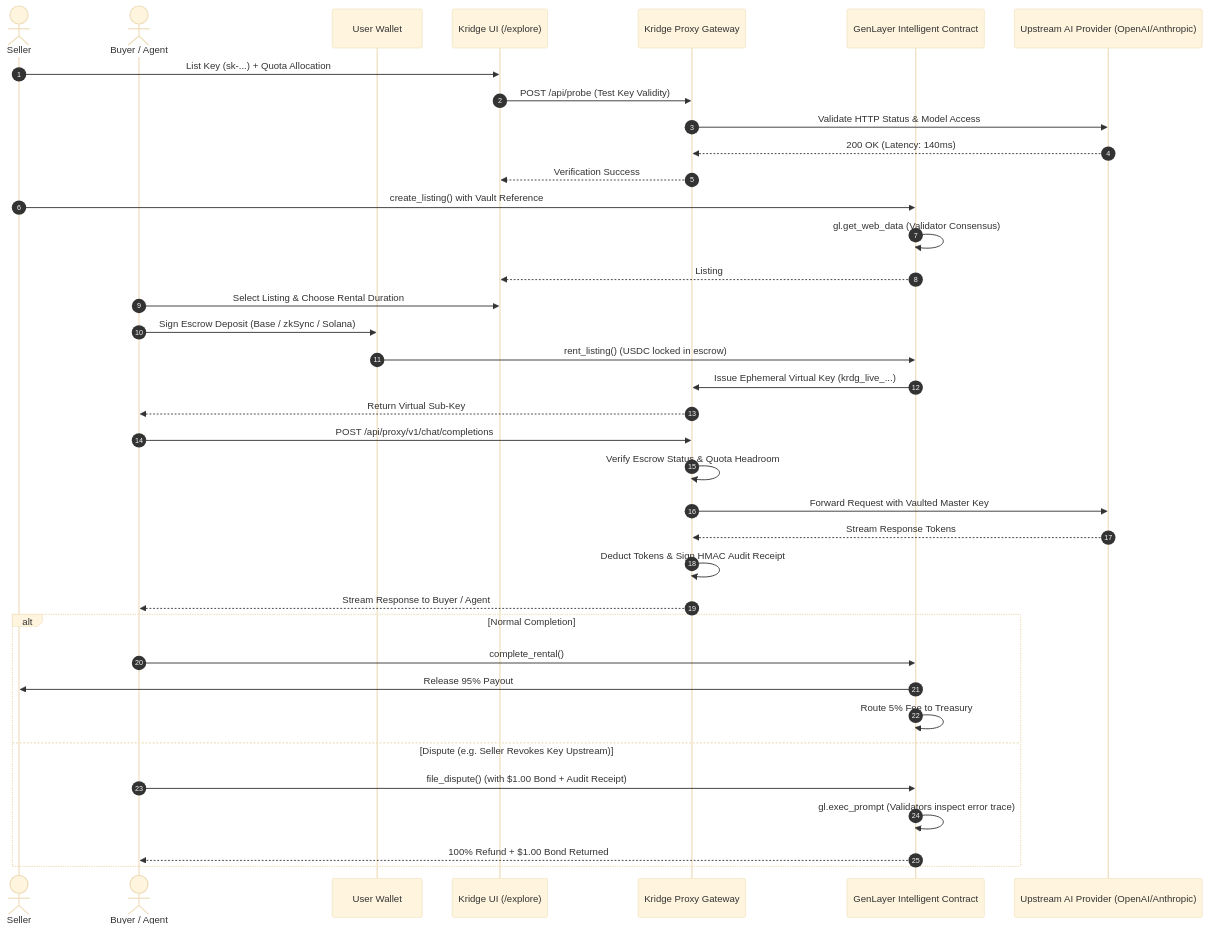
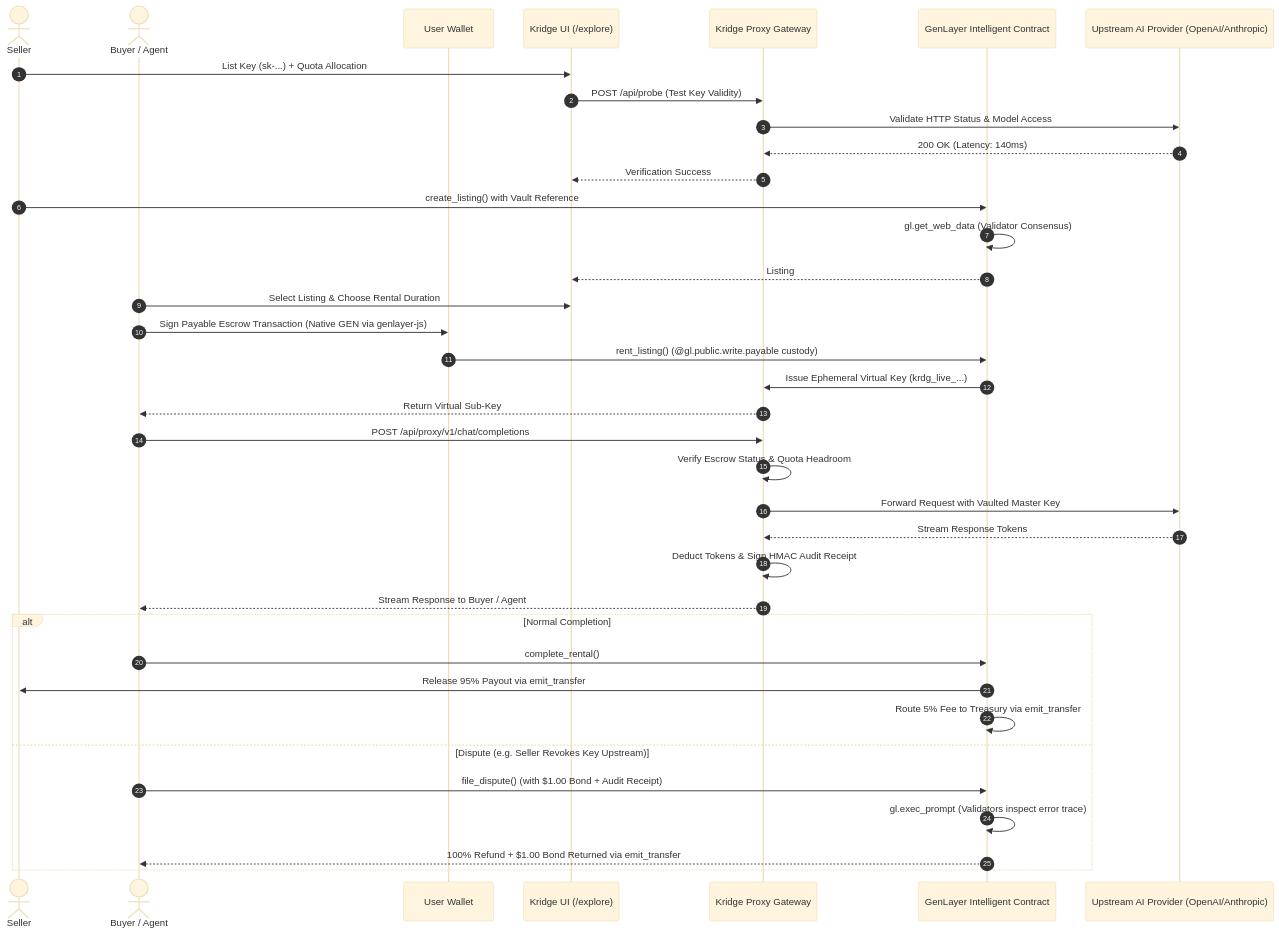
Before and after one commit to ODbeke/Kridge: the diagram in README.md, drawn with Mermaid (base theme). The commit also changed other lines of this file and 10 other files, not shown here.

Commit message:
feat(genlayer): lock Kridge 100% to native GenLayer Intelligent Contracts, mark Base/zkSync/Solana as Coming Soon, update live listings, explorer receipts, and documentation

````diff
--- a/README.md
+++ b/README.md
@@ -321,43 +322,43 @@
 ```mermaid
 sequenceDiagram
     autonumber
     actor Seller
     actor Buyer as Buyer / Agent
     participant Web3 as User Wallet
     participant Frontend as Kridge UI (/explore)
     participant Gateway as Kridge Proxy Gateway
     participant GenLayer as GenLayer Intelligent Contract
     participant Provider as Upstream AI Provider (OpenAI/Anthropic)
 
     Seller->>Frontend: List Key (sk-...) + Quota Allocation
     Frontend->>Gateway: POST /api/probe (Test Key Validity)
     Gateway->>Provider: Validate HTTP Status & Model Access
     Provider-->>Gateway: 200 OK (Latency: 140ms)
     Gateway-->>Frontend: Verification Success
     Seller->>GenLayer: create_listing() with Vault Reference
     GenLayer->>GenLayer: gl.get_web_data (Validator Consensus)
     GenLayer-->>Frontend: Listing #N Active on Marketplace
 
     Buyer->>Frontend: Select Listing & Choose Rental Duration
-    Buyer->>Web3: Sign Escrow Deposit (Base / zkSync / Solana)
-    Web3->>GenLayer: rent_listing() (USDC locked in escrow)
+    Buyer->>Web3: Sign Payable Escrow Transaction (Native GEN via genlayer-js)
+    Web3->>GenLayer: rent_listing() (@gl.public.write.payable custody)
     GenLayer->>Gateway: Issue Ephemeral Virtual Key (krdg_live_...)
     Gateway-->>Buyer: Return Virtual Sub-Key
 
     Buyer->>Gateway: POST /api/proxy/v1/chat/completions
     Gateway->>Gateway: Verify Escrow Status & Quota Headroom
     Gateway->>Provider: Forward Request with Vaulted Master Key
     Provider-->>Gateway: Stream Response Tokens
     Gateway->>Gateway: Deduct Tokens & Sign HMAC Audit Receipt
     Gateway-->>Buyer: Stream Response to Buyer / Agent
 
     alt Normal Completion
         Buyer->>GenLayer: complete_rental()
-        GenLayer->>Seller: Release 95% Payout
-        GenLayer->>GenLayer: Route 5% Fee to Treasury
+        GenLayer->>Seller: Release 95% Payout via emit_transfer
+        GenLayer->>GenLayer: Route 5% Fee to Treasury via emit_transfer
     else Dispute (e.g. Seller Revokes Key Upstream)
         Buyer->>GenLayer: file_dispute() (with $1.00 Bond + Audit Receipt)
         GenLayer->>GenLayer: gl.exec_prompt (Validators inspect error trace)
-        GenLayer-->>Buyer: 100% Refund + $1.00 Bond Returned
+        GenLayer-->>Buyer: 100% Refund + $1.00 Bond Returned via emit_transfer
     end
 ```
````
